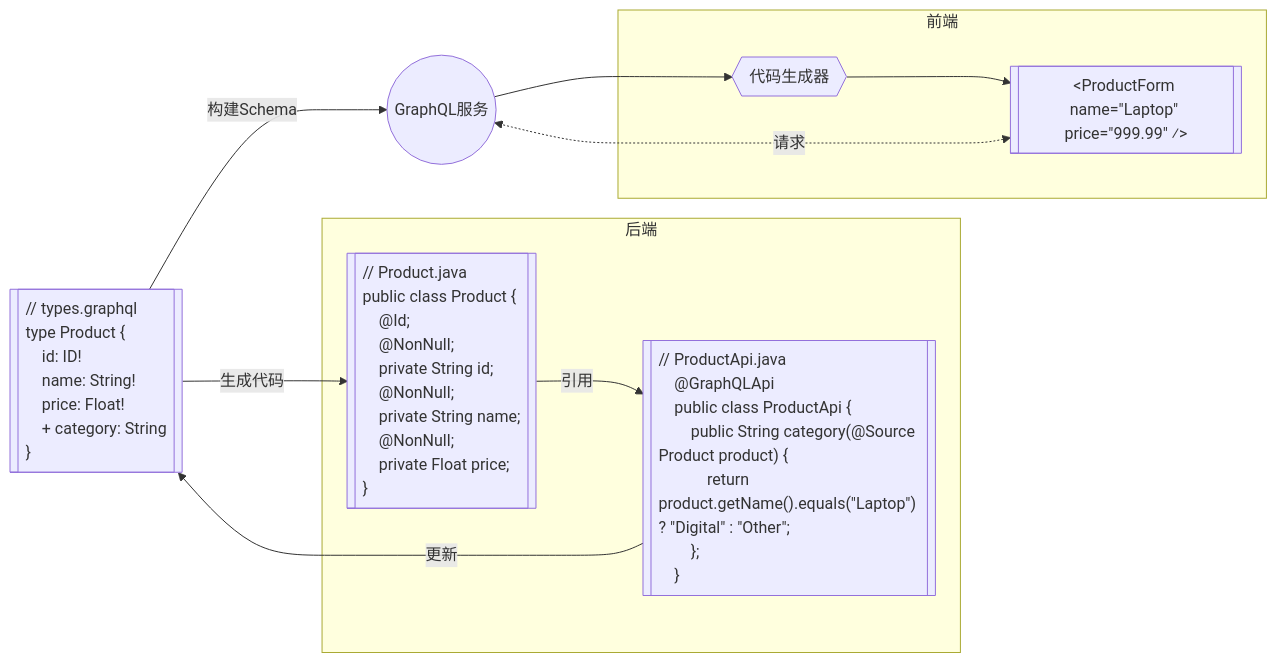
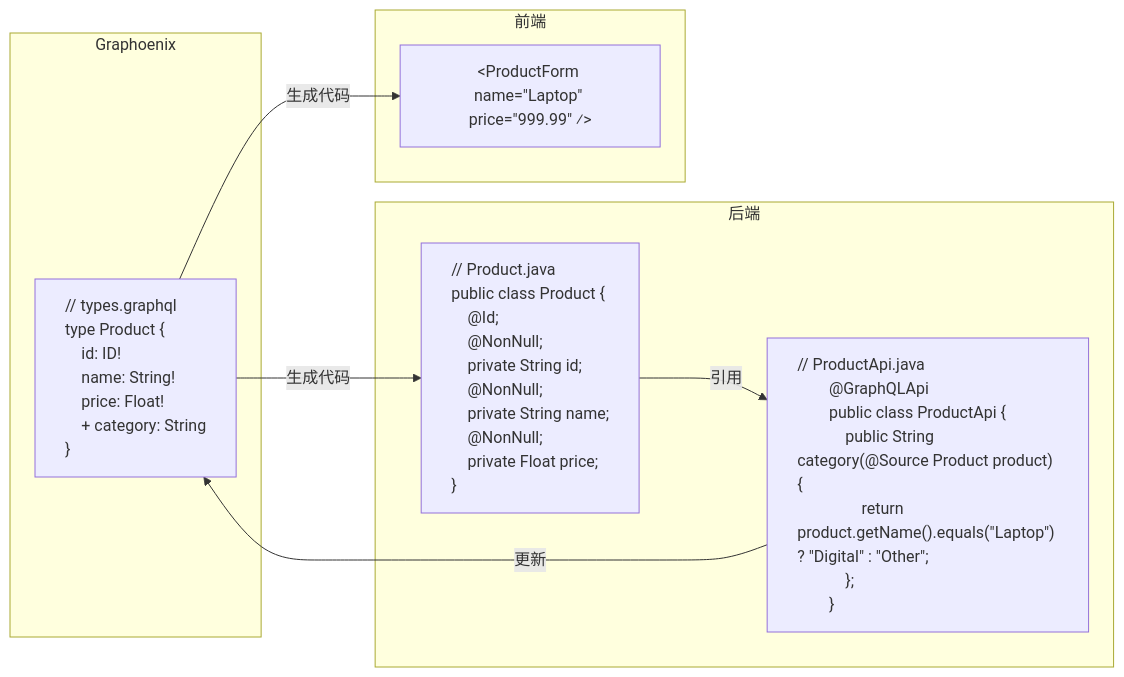
Before and after one commit to doukai/gp-doc.github.io: the fifth of 12 diagrams in docs/intro.md, drawn with Mermaid. The commit also changed other lines of this file, not shown here.

````diff
--- a/docs/intro.md
+++ b/docs/intro.md
@@ -167,38 +167,40 @@
 ```mermaid
 flowchart LR
-    schema[["// types.graphql
-    type Product {
-    &emsp;id: ID!
-    &emsp;name: String!
-    &emsp;price: Float!
-    &emsp;+ category: String
-    }"]] -- 构建Schema --> graphql((GraphQL服务))
-    schema -- 生成代码 --> java[["// Product.java
-    public class Product {
-    &emsp;@Id;
-    &emsp;@NonNull;
-    &emsp;private String id;
-    &emsp;@NonNull;
-    &emsp;private String name;
-    &emsp;@NonNull;
-    &emsp;private Float price;
-    }"]]
+    subgraph Graphoenix
+        schema["// types.graphql
+        type Product {
+        &emsp;id: ID!
+        &emsp;name: String!
+        &emsp;price: Float!
+        &emsp;+ category: String
+        }"] 
+    end
+    schema -- 生成代码 --> java & ui
     code -- 更新 --> schema
-    graphql --> codegen{{代码生成器}}
-    ui <-. 请求 .-> graphql
     subgraph 后端
-        java -- 引用 --> code[["// ProductApi.java
-    @GraphQLApi
-    public class ProductApi {
-    &emsp;public String category(@Source Product product) {
-    &emsp;&emsp;return product.getName().equals(&quot;Laptop&quot;) ? &quot;Digital&quot; : &quot;Other&quot;;
-    &emsp;};
-    }"]]
+        java["// Product.java
+        public class Product {
+        &emsp;@Id;
+        &emsp;@NonNull;
+        &emsp;private String id;
+        &emsp;@NonNull;
+        &emsp;private String name;
+        &emsp;@NonNull;
+        &emsp;private Float price;
+        }"]
+        code["// ProductApi.java
+        @GraphQLApi
+        public class ProductApi {
+        &emsp;public String category(@Source Product product) {
+        &emsp;&emsp;return product.getName().equals(&quot;Laptop&quot;) ? &quot;Digital&quot; : &quot;Other&quot;;
+        &emsp;};
+        }"]
+        java -- 引用 --> code
     end
     subgraph 前端
-        codegen --> ui[["&lt;ProductForm name=&quot;Laptop&quot; price=&quot;999.99&quot; &frasl;&gt;"]]
+        ui["&lt;ProductForm name=&quot;Laptop&quot; price=&quot;999.99&quot; &frasl;&gt;"]
     end
     style schema text-align:left
     style java text-align:left
     style code text-align:left
 ```
````
